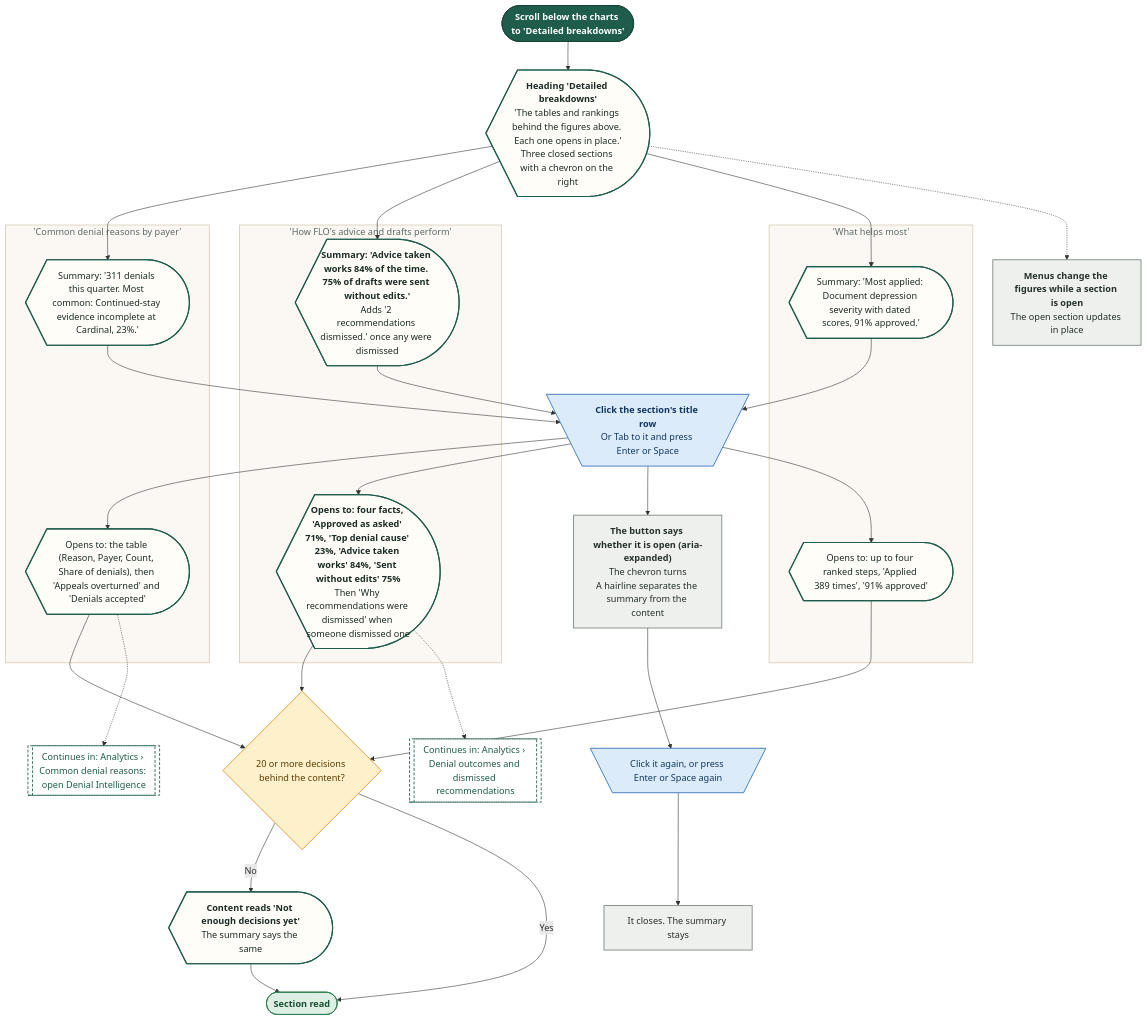
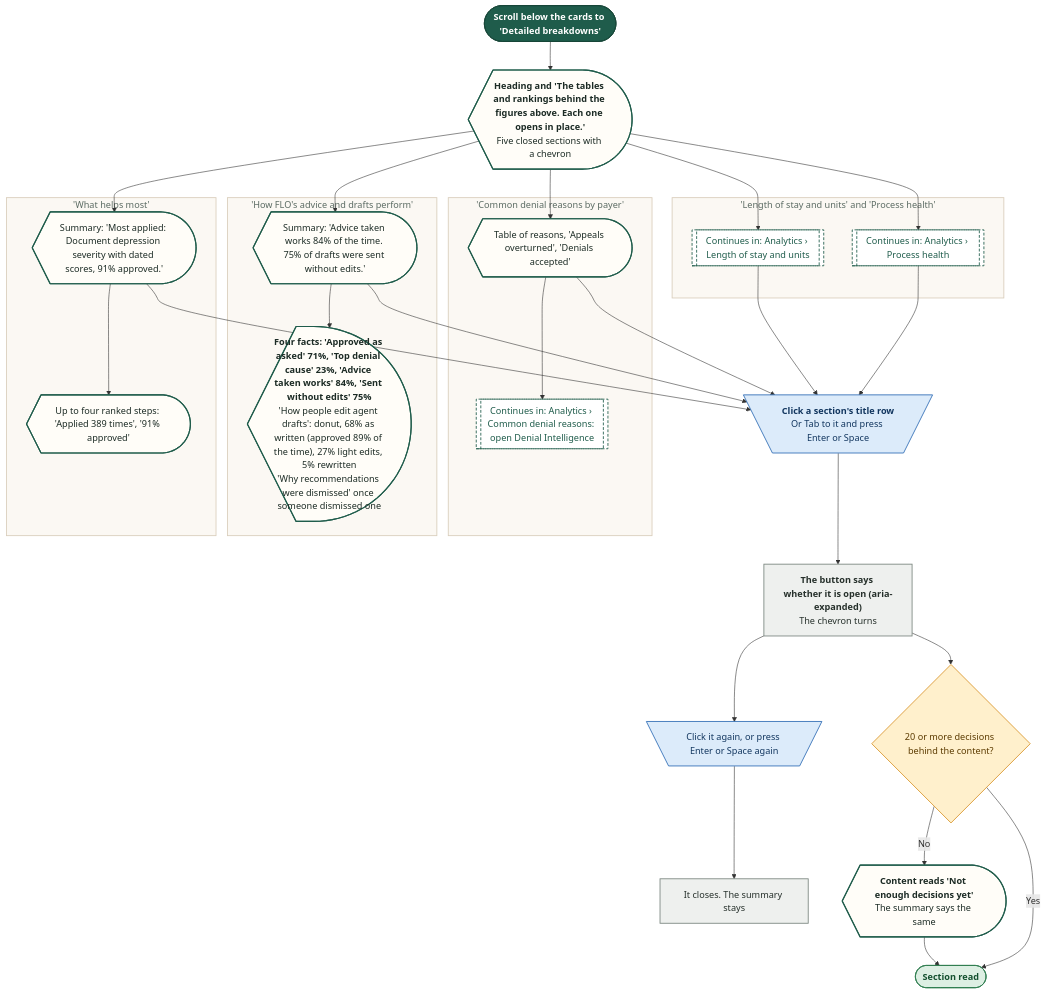
Diagram 15 of 18 in demos/prior-auth-demo/workflows/out/md/08-analytics.md (Shrav143/psyfloapp), drawn with Mermaid before and after one commit. The commit also changed other lines of this file and 251 other files, not shown here.

First line of the commit message:
docs: rebuild the workflow diagrams (291) for round 4

````diff
--- a/demos/prior-auth-demo/workflows/out/md/08-analytics.md
+++ b/demos/prior-auth-demo/workflows/out/md/08-analytics.md
@@ -671,66 +893,65 @@
 ```mermaid
 %%{init: {"theme":"base","themeVariables":{"fontFamily":"'DM Sans', 'Segoe UI', system-ui, sans-serif","fontSize":"15px","lineColor":"#5B6B63","primaryTextColor":"#1C2B25","clusterBkg":"#FBF8F3","clusterBorder":"#D9CDBB","edgeLabelBackground":"#FFFFFF"},"flowchart":{"curve":"basis","nodeSpacing":36,"rankSpacing":48,"padding":12,"htmlLabels":true,"useMaxWidth":false,"wrappingWidth":230}} }%%
 flowchart TD
   classDef k_start fill:#1F5C4B,stroke:#174638,color:#FFFFFF,stroke-width:1.5px,font-weight:600
   classDef k_end fill:#DDEFE3,stroke:#2E7D4F,color:#14502F,stroke-width:1.5px,font-weight:600
   classDef k_endx fill:#FBE3E0,stroke:#C0392B,color:#7A1F16,stroke-width:1.5px,font-weight:600
   classDef k_screen fill:#FFFDF8,stroke:#1F5C4B,color:#1C2B25,stroke-width:2px
   classDef k_overlay fill:#F1F7F3,stroke:#1F5C4B,color:#1C2B25,stroke-width:2px,stroke-dasharray:5 3
   classDef k_click fill:#DCEBFA,stroke:#2F6DB5,color:#12365F,stroke-width:1.5px
   classDef k_input fill:#E4E7FF,stroke:#4C5FD5,color:#1D2670,stroke-width:1.5px
   classDef k_process fill:#EEF0EE,stroke:#7A857F,color:#26302B,stroke-width:1.5px
   classDef k_agent fill:#EEE5FA,stroke:#7A4FC2,color:#341A63,stroke-width:1.5px
   classDef k_decision fill:#FFF0CC,stroke:#D9962B,color:#5C3B00,stroke-width:1.5px
   classDef k_store fill:#D5F0EA,stroke:#1C8E7B,color:#0B4A3F,stroke-width:1.5px
   classDef k_doc fill:#F6E9DC,stroke:#B07A4C,color:#4A2E14,stroke-width:1.5px
   classDef k_ext fill:#FFE6D2,stroke:#E07B39,color:#6B2F06,stroke-width:1.5px
   classDef k_wait fill:#E4E8EE,stroke:#6B7C93,color:#26303D,stroke-width:1.5px
   classDef k_toast fill:#FFF9DB,stroke:#C9A400,color:#5A4A00,stroke-width:1.5px
   classDef k_goto fill:#FFFFFF,stroke:#1F5C4B,color:#1F5C4B,stroke-width:1.5px,stroke-dasharray:5 3
-  s1@{ shape: stadium, label: "Scroll below the charts to 'Detailed breakdowns'" }
-  sc@{ shape: curv-trap, label: "<b>Heading 'Detailed breakdowns'</b><br/>'The tables and rankings behind the figures above. Each one opens in place.'<br/>Three closed sections with a chevron on the right" }
-  subgraph gA ["'Common denial reasons by payer'"]
-  a1@{ shape: curv-trap, label: "Summary: '311 denials this quarter. Most common: Continued-stay evidence incomplete at Cardinal, 23%.'" }
-  a2@{ shape: curv-trap, label: "Opens to: the table (Reason, Payer, Count, Share of denials), then 'Appeals overturned' and 'Denials accepted'" }
+  s1@{ shape: stadium, label: "Scroll below the cards to 'Detailed breakdowns'" }
+  sc@{ shape: curv-trap, label: "<b>Heading and 'The tables and rankings behind the figures above. Each one opens in place.'</b><br/>Five closed sections with a chevron" }
+  subgraph gA ["'Length of stay and units' and 'Process health'"]
+  a1@{ shape: subproc, label: "Continues in: Analytics › Length of stay and units" }
+  a2@{ shape: subproc, label: "Continues in: Analytics › Process health" }
   end
-  subgraph gB ["'How FLO's advice and drafts perform'"]
-  b1@{ shape: curv-trap, label: "<b>Summary: 'Advice taken works 84% of the time. 75% of drafts were sent without edits.'</b><br/>Adds '2 recommendations dismissed.' once any were dismissed" }
-  b2@{ shape: curv-trap, label: "<b>Opens to: four facts, 'Approved as asked' 71%, 'Top denial cause' 23%, 'Advice taken works' 84%, 'Sent without edits' 75%</b><br/>Then 'Why recommendations were dismissed' when someone dismissed one" }
+  subgraph gB ["'Common denial reasons by payer'"]
+  b1@{ shape: curv-trap, label: "Table of reasons, 'Appeals overturned', 'Denials accepted'" }
+  b2@{ shape: subproc, label: "Continues in: Analytics › Common denial reasons: open Denial Intelligence" }
   end
-  subgraph gC ["'What helps most'"]
-  c1@{ shape: curv-trap, label: "Summary: 'Most applied: Document depression severity with dated scores, 91% approved.'" }
-  c2@{ shape: curv-trap, label: "Opens to: up to four ranked steps, 'Applied 389 times', '91% approved'" }
+  subgraph gC ["'How FLO's advice and drafts perform'"]
+  c1@{ shape: curv-trap, label: "Summary: 'Advice taken works 84% of the time. 75% of drafts were sent without edits.'" }
+  c2@{ shape: curv-trap, label: "<b>Four facts: 'Approved as asked' 71%, 'Top denial cause' 23%, 'Advice taken works' 84%, 'Sent without edits' 75%</b><br/>'How people edit agent drafts': donut, 68% as written (approved 89% of the time), 27% light edits, 5% rewritten<br/>'Why recommendations were dismissed' once someone dismissed one" }
   end
-  k1@{ shape: trap-t, label: "<b>Click the section's title row</b><br/>Or Tab to it and press Enter or Space" }
-  p1@{ shape: rect, label: "<b>The button says whether it is open (aria-expanded)</b><br/>The chevron turns<br/>A hairline separates the summary from the content" }
+  subgraph gD ["'What helps most'"]
+  d1@{ shape: curv-trap, label: "Summary: 'Most applied: Document depression severity with dated scores, 91% approved.'" }
+  d2@{ shape: curv-trap, label: "Up to four ranked steps: 'Applied 389 times', '91% approved'" }
+  end
+  k1@{ shape: trap-t, label: "<b>Click a section's title row</b><br/>Or Tab to it and press Enter or Space" }
+  p1@{ shape: rect, label: "<b>The button says whether it is open (aria-expanded)</b><br/>The chevron turns" }
   k2@{ shape: trap-t, label: "Click it again, or press Enter or Space again" }
   p2@{ shape: rect, label: "It closes. The summary stays" }
   q1@{ shape: diam, label: "20 or more decisions behind the content?" }
   h1@{ shape: curv-trap, label: "<b>Content reads 'Not enough decisions yet'</b><br/>The summary says the same" }
-  p3@{ shape: rect, label: "<b>Menus change the figures while a section is open</b><br/>The open section updates in place" }
-  g1@{ shape: subproc, label: "Continues in: Analytics › Common denial reasons: open Denial Intelligence" }
-  g2@{ shape: subproc, label: "Continues in: Analytics › Denial outcomes and dismissed recommendations" }
   e1@{ shape: stadium, label: "Section read" }
   s1 --> sc
-  sc --> a1 & b1 & c1
-  a1 & b1 & c1 --> k1
-  k1 --> p1
-  k1 --> a2 & b2 & c2
-  a2 & b2 & c2 --> q1
+  sc --> a1 & a2 & b1 & c1 & d1
+  b1 --> b2
+  c1 --> c2
+  d1 --> d2
+  a1 & a2 & b1 & c1 & d1 --> k1 --> p1 --> q1
   q1 -->|"No"| h1 --> e1
   q1 -->|"Yes"| e1
   p1 --> k2 --> p2
-  a2 -.-> g1
-  b2 -.-> g2
-  sc -.-> p3
   class s1 k_start
-  class sc,a1,a2,b1,b2,c1,c2,h1 k_screen
+  class sc,b1,c1,c2,d1,d2,h1 k_screen
+  class a1,a2,b2 k_goto
   class k1,k2 k_click
-  class p1,p2,p3 k_process
+  class p1,p2 k_process
   class q1 k_decision
-  class g1,g2 k_goto
   class e1 k_end
   style gA fill:#FBF8F3,stroke:#D9CDBB,stroke-width:1.5px,color:#5B6B63
   style gB fill:#FBF8F3,stroke:#D9CDBB,stroke-width:1.5px,color:#5B6B63
   style gC fill:#FBF8F3,stroke:#D9CDBB,stroke-width:1.5px,color:#5B6B63
+  style gD fill:#FBF8F3,stroke:#D9CDBB,stroke-width:1.5px,color:#5B6B63
 ```
````
